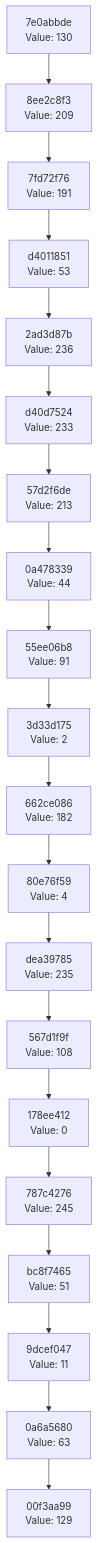
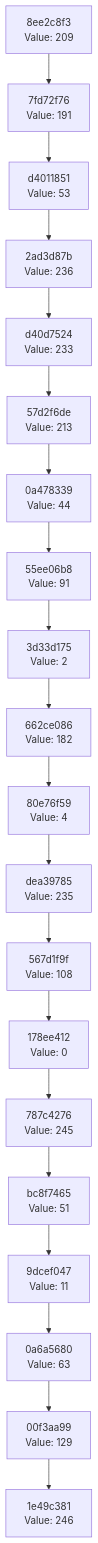
The diagram in docs/CHAIN_VISUALIZATION.md (Abhisheksinha1506/hash-chain-evolver), drawn with Mermaid before and after one commit. The commit also changed 3 other files, not shown here.

````diff
--- a/docs/CHAIN_VISUALIZATION.md
+++ b/docs/CHAIN_VISUALIZATION.md
@@ -3,42 +3,42 @@
 ```mermaid
 graph TD
-    C0["00f3aa99<br/>Value: 129"]
-    C1["0a6a5680<br/>Value: 63"]
+    C0["1e49c381<br/>Value: 246"]
+    C1["00f3aa99<br/>Value: 129"]
     C1 --> C0
-    C2["9dcef047<br/>Value: 11"]
+    C2["0a6a5680<br/>Value: 63"]
     C2 --> C1
-    C3["bc8f7465<br/>Value: 51"]
+    C3["9dcef047<br/>Value: 11"]
     C3 --> C2
-    C4["787c4276<br/>Value: 245"]
+    C4["bc8f7465<br/>Value: 51"]
     C4 --> C3
-    C5["178ee412<br/>Value: 0"]
+    C5["787c4276<br/>Value: 245"]
     C5 --> C4
-    C6["567d1f9f<br/>Value: 108"]
+    C6["178ee412<br/>Value: 0"]
     C6 --> C5
-    C7["dea39785<br/>Value: 235"]
+    C7["567d1f9f<br/>Value: 108"]
     C7 --> C6
-    C8["80e76f59<br/>Value: 4"]
+    C8["dea39785<br/>Value: 235"]
     C8 --> C7
-    C9["662ce086<br/>Value: 182"]
+    C9["80e76f59<br/>Value: 4"]
     C9 --> C8
-    C10["3d33d175<br/>Value: 2"]
+    C10["662ce086<br/>Value: 182"]
     C10 --> C9
-    C11["55ee06b8<br/>Value: 91"]
+    C11["3d33d175<br/>Value: 2"]
     C11 --> C10
-    C12["0a478339<br/>Value: 44"]
+    C12["55ee06b8<br/>Value: 91"]
     C12 --> C11
-    C13["57d2f6de<br/>Value: 213"]
+    C13["0a478339<br/>Value: 44"]
     C13 --> C12
-    C14["d40d7524<br/>Value: 233"]
+    C14["57d2f6de<br/>Value: 213"]
     C14 --> C13
-    C15["2ad3d87b<br/>Value: 236"]
+    C15["d40d7524<br/>Value: 233"]
     C15 --> C14
-    C16["d4011851<br/>Value: 53"]
+    C16["2ad3d87b<br/>Value: 236"]
     C16 --> C15
-    C17["7fd72f76<br/>Value: 191"]
+    C17["d4011851<br/>Value: 53"]
     C17 --> C16
-    C18["8ee2c8f3<br/>Value: 209"]
+    C18["7fd72f76<br/>Value: 191"]
     C18 --> C17
-    C19["7e0abbde<br/>Value: 130"]
+    C19["8ee2c8f3<br/>Value: 209"]
     C19 --> C18
 ```
````
